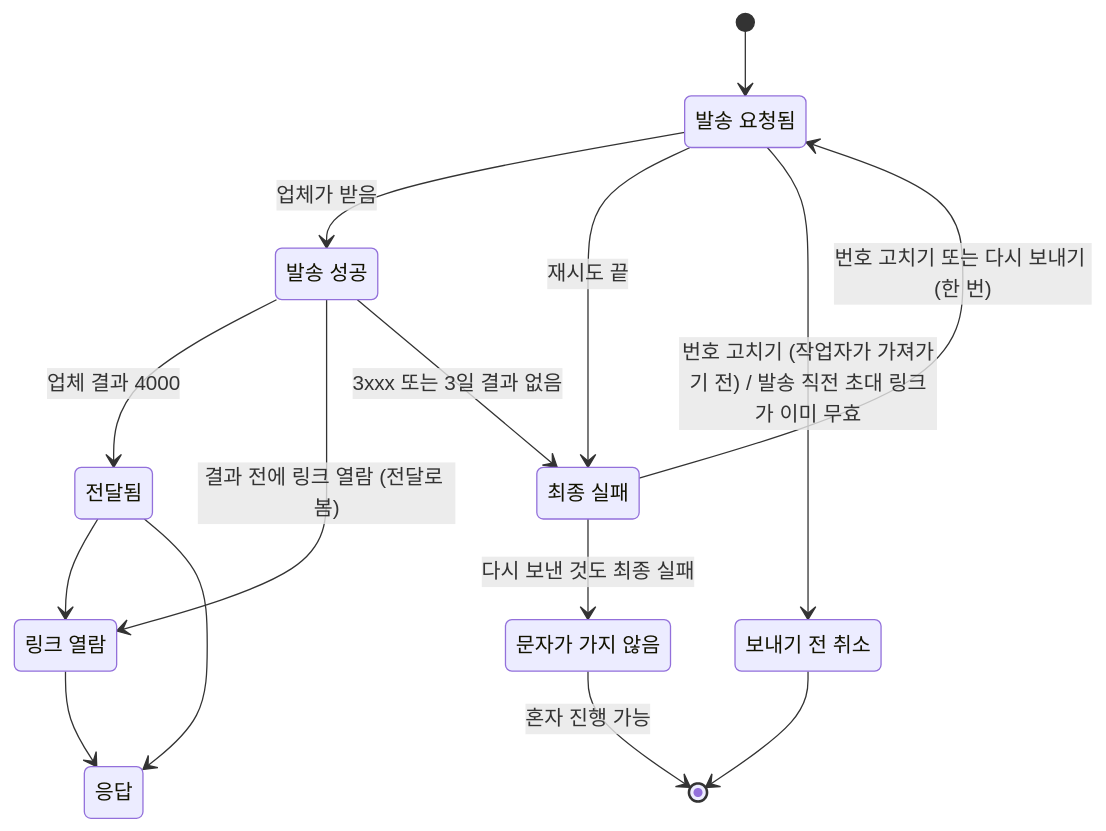
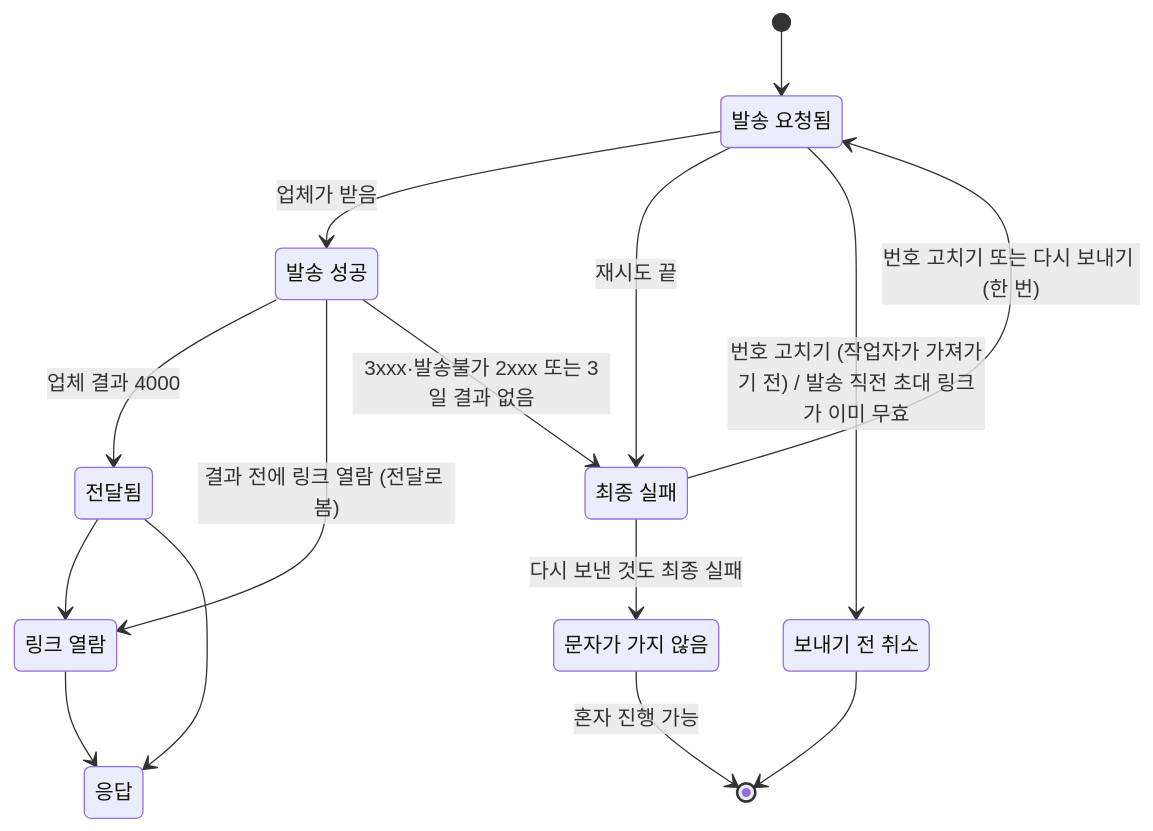
One commit to prgrms-be-devcourse/NBE12-14-final-homestamp changed diagram 13 of 14 in docs/rules/03-상태와-규칙.md. Above: the diagram before and after it, drawn with Mermaid. The commit also changed 5 other files, not shown here.

Commit message:
fix: 솔라피 발송불가 2xxx 결과를 실패로 처리

````diff
--- a/docs/rules/03-상태와-규칙.md
+++ b/docs/rules/03-상태와-규칙.md
@@ -669,25 +669,25 @@
 ```mermaid
 stateDiagram-v2
     state "발송 요청됨" as Requested
     state "발송 성공" as Sent
     state "전달됨" as Delivered
     state "링크 열람" as Viewed
     state "응답" as Answered
     state "최종 실패" as Failed
     state "문자가 가지 않음" as Undeliv
     state "보내기 전 취소" as Cancelled
     [*] --> Requested
     Requested --> Sent : 업체가 받음
     Requested --> Failed : 재시도 끝
     Requested --> Cancelled : 번호 고치기 (작업자가 가져가기 전) / 발송 직전 초대 링크가 이미 무효
     Cancelled --> [*]
     Sent --> Delivered : 업체 결과 4000
     Sent --> Viewed : 결과 전에 링크 열람 (전달로 봄)
-    Sent --> Failed : 3xxx 또는 3일 결과 없음
+    Sent --> Failed : 3xxx·발송불가 2xxx 또는 3일 결과 없음
     Delivered --> Viewed
     Delivered --> Answered
     Viewed --> Answered
     Failed --> Requested : 번호 고치기 또는 다시 보내기 (한 번)
     Failed --> Undeliv : 다시 보낸 것도 최종 실패
     Undeliv --> [*] : 혼자 진행 가능
 ```
````
